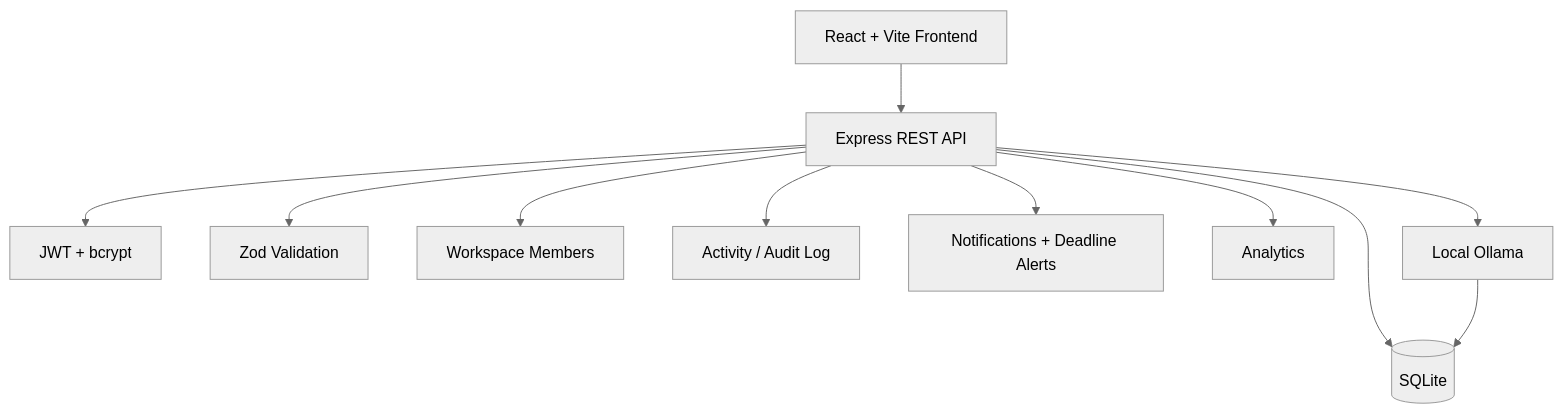
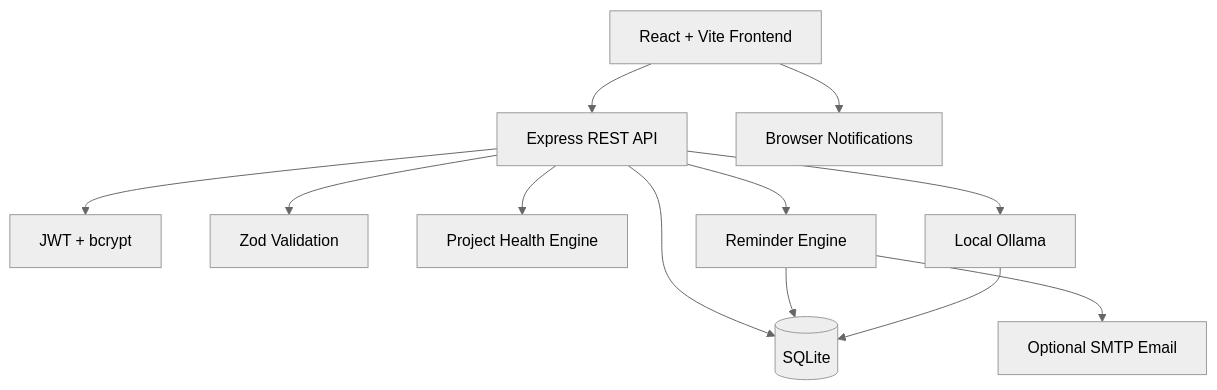
One commit to agcodes0315/Innovation-Hacks changed the diagram in README.md. Above: the diagram before and after it, drawn with Mermaid (neutral theme). The commit also changed other lines of this file and 15 other files, not shown here.

````diff
--- a/README.md
+++ b/README.md
@@ -303,24 +426,25 @@
 ```mermaid
 flowchart TD
     UI[React + Vite Frontend]
     API[Express REST API]
     AUTH[JWT + bcrypt]
-    VALIDATION[Zod Validation]
+    VALID[Zod Validation]
     DB[(SQLite)]
-    MEMBERS[Workspace Members]
-    AUDIT[Activity / Audit Log]
-    ALERTS[Notifications + Deadline Alerts]
-    ANALYTICS[Analytics]
+    HEALTH[Project Health Engine]
+    REMIND[Reminder Engine]
+    BROWSER[Browser Notifications]
+    EMAIL[Optional SMTP Email]
     AI[Local Ollama]
 
     UI --> API
     API --> AUTH
-    API --> VALIDATION
-    API --> MEMBERS
+    API --> VALID
     API --> DB
-    API --> AUDIT
-    API --> ALERTS
-    API --> ANALYTICS
+    API --> HEALTH
+    API --> REMIND
+    REMIND --> DB
+    REMIND --> EMAIL
+    UI --> BROWSER
     API --> AI
     AI --> DB
 ```
````
